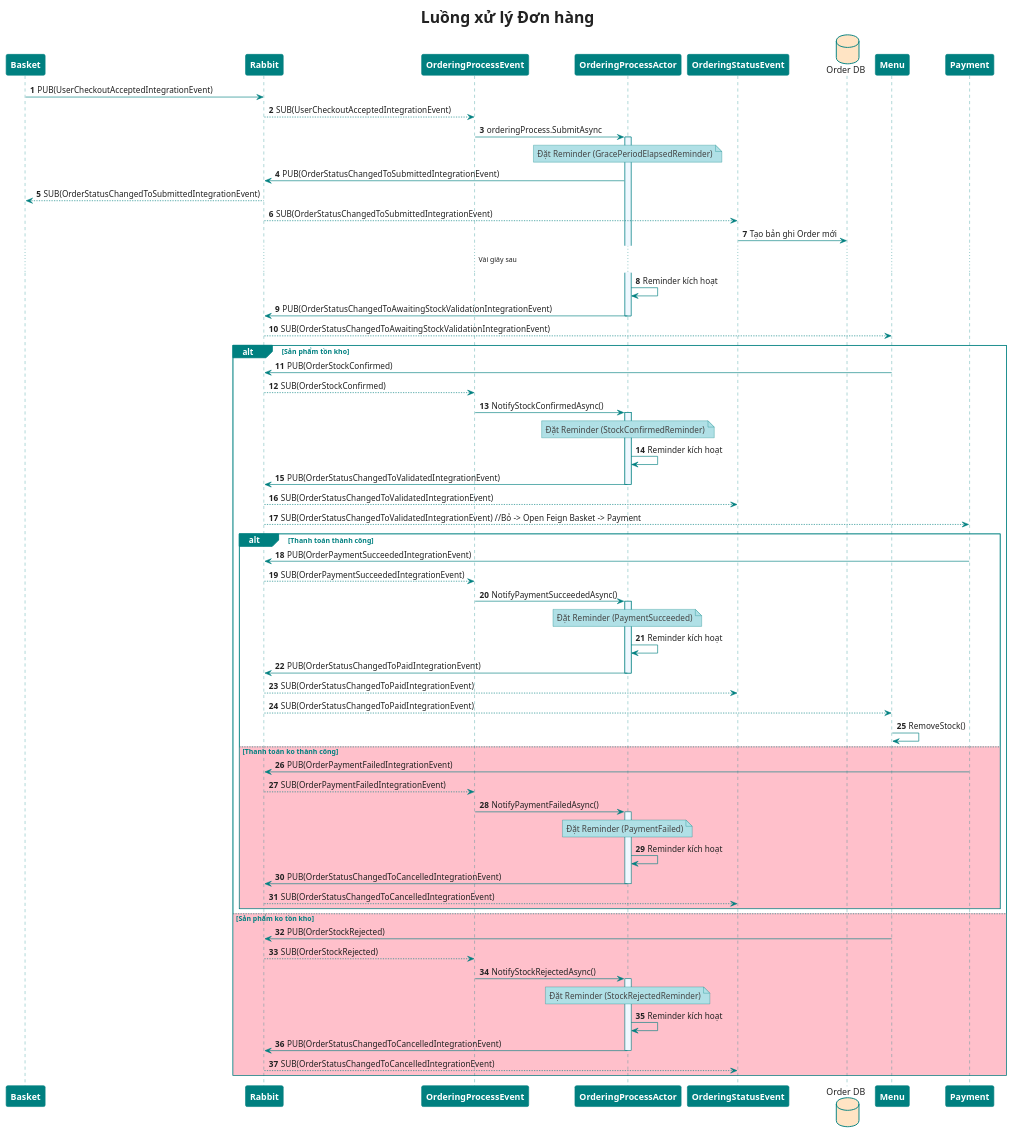
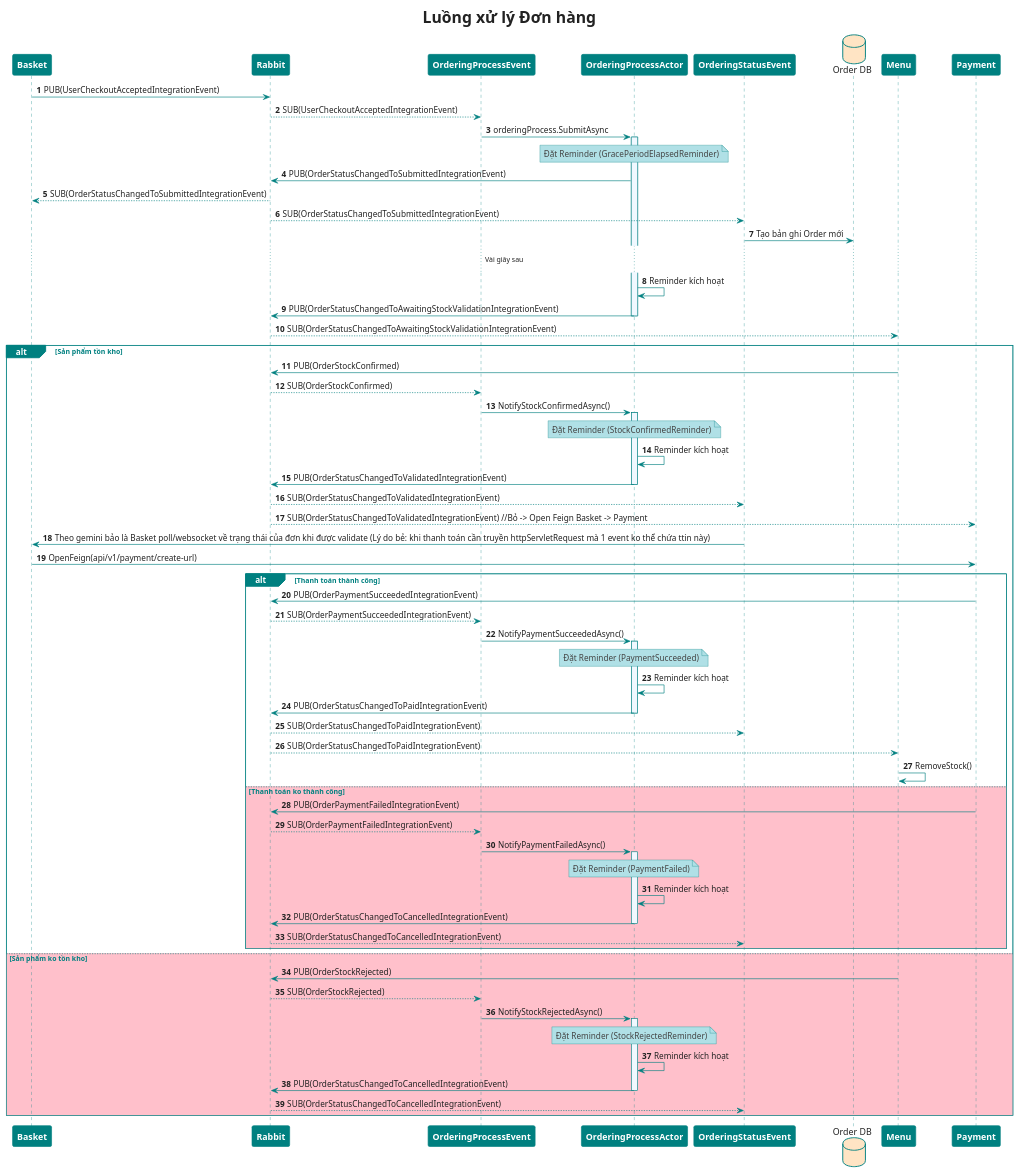
Before and after one commit to MinhTrinh04/Beef-Restaurant: the diagram in Backend/SEQ/Order/ResolvingOrder.puml, drawn with PlantUML.

Commit message:
Update luồng

```diff
--- a/Backend/SEQ/Order/ResolvingOrder.puml
+++ b/Backend/SEQ/Order/ResolvingOrder.puml
@@ -1,116 +1,118 @@
 @startuml
 'https://plantuml.com/sequence-diagram
 skinparam shadowing false
 skinparam responseMessageBelowArrow false
 skinparam DefaultFontColor #222
 skinparam TitleFontSize 25
 skinparam NoteBorderColor #teal
 skinparam NoteBackgroundColor #powderblue
 skinparam NoteFontColor 444
 skinparam DatabaseBorderColor #teal
 skinparam DatabaseBackgroundColor #bisque
 skinparam sequence {
 ParticipantBorderThickness 1
 ParticipantBorderColor #teal
 ParticipantBackgroundColor #teal
 ParticipantFontColor #white
 ParticipantFontSize 14
 ParticipantFontStyle bold
 LifeLineBorderColor #teal
 LifeLineBackgroundColor #aliceblue
 ArrowColor #teal
 ActorBorderColor #teal
 GroupBorderThickness 1
 GroupBorderColor #teal
 GroupHeaderFontColor #white
 GroupBackgroundColor #teal
 GroupFontColor #teal
 ReferenceBorderThickness 1
 ReferenceBorderColor #teal
 ReferenceBackgroundColor #aliceblue
 ReferenceHeaderBackgroundColor #white
 ReferenceFontColor #teal
 }
 autonumber
 
 title Luồng xử lý Đơn hàng
 
 participant "Basket" as Basket
 participant "Rabbit" as MQ
 participant "OrderingProcessEvent" as OPE
 participant "OrderingProcessActor" as Actor
 participant "OrderingStatusEvent" as OSE
 database "Order DB" as DB
 participant "Menu" as Menu
 participant "Payment" as Payment
 
     Basket -> MQ: PUB(UserCheckoutAcceptedIntegrationEvent)
     MQ --> OPE: SUB(UserCheckoutAcceptedIntegrationEvent)
     OPE -> Actor: orderingProcess.SubmitAsync
     activate Actor
     note over Actor: Đặt Reminder (GracePeriodElapsedReminder)
     Actor -> MQ: PUB(OrderStatusChangedToSubmittedIntegrationEvent)
 
     MQ --> Basket: SUB(OrderStatusChangedToSubmittedIntegrationEvent)
     MQ --> OSE: SUB(OrderStatusChangedToSubmittedIntegrationEvent)
     OSE -> DB: Tạo bản ghi Order mới
 
     ... Vài giây sau ...
     Actor -> Actor: Reminder kích hoạt
     Actor -> MQ: PUB(OrderStatusChangedToAwaitingStockValidationIntegrationEvent)
     deactivate Actor
     
     MQ --> Menu: SUB(OrderStatusChangedToAwaitingStockValidationIntegrationEvent)
 
 alt Sản phẩm tồn kho
     Menu -> MQ: PUB(OrderStockConfirmed)
     MQ --> OPE: SUB(OrderStockConfirmed)
     OPE -> Actor: NotifyStockConfirmedAsync()
     activate Actor
     note over Actor: Đặt Reminder (StockConfirmedReminder)
     Actor -> Actor: Reminder kích hoạt
     Actor -> MQ: PUB(OrderStatusChangedToValidatedIntegrationEvent)
     deactivate Actor
     MQ --> OSE: SUB(OrderStatusChangedToValidatedIntegrationEvent)
     MQ --> Payment: SUB(OrderStatusChangedToValidatedIntegrationEvent) //Bỏ -> Open Feign Basket -> Payment
+    OSE -> Basket: Theo gemini bảo là Basket poll/websocket về trạng thái của đơn khi được validate (Lý do bẻ: khi thanh toán cần truyền httpServletRequest mà 1 event ko thể chứa ttin này)
+    Basket -> Payment: OpenFeign(api/v1/payment/create-url)
 
     alt Thanh toán thành công
         Payment -> MQ: PUB(OrderPaymentSucceededIntegrationEvent)
         MQ --> OPE: SUB(OrderPaymentSucceededIntegrationEvent)
         OPE -> Actor: NotifyPaymentSucceededAsync()
         activate Actor
             note over Actor: Đặt Reminder (PaymentSucceeded)
             Actor -> Actor: Reminder kích hoạt
             Actor -> MQ: PUB(OrderStatusChangedToPaidIntegrationEvent)
         deactivate Actor
         MQ --> OSE: SUB(OrderStatusChangedToPaidIntegrationEvent)
         MQ --> Menu: SUB(OrderStatusChangedToPaidIntegrationEvent)
         Menu -> Menu: RemoveStock()
 
 
     else #Pink Thanh toán ko thành công
     Payment -> MQ: PUB(OrderPaymentFailedIntegrationEvent)
     MQ--> OPE: SUB(OrderPaymentFailedIntegrationEvent)
     OPE -> Actor: NotifyPaymentFailedAsync()
     activate Actor
     note over Actor: Đặt Reminder (PaymentFailed)
     Actor -> Actor: Reminder kích hoạt
     Actor -> MQ: PUB(OrderStatusChangedToCancelledIntegrationEvent)
     deactivate Actor
     MQ--> OSE: SUB(OrderStatusChangedToCancelledIntegrationEvent)
 
     end
 
 else #Pink Sản phẩm ko tồn kho
     Menu -> MQ: PUB(OrderStockRejected)
     MQ --> OPE: SUB(OrderStockRejected)
     OPE -> Actor: NotifyStockRejectedAsync()
     activate Actor
     note over Actor: Đặt Reminder (StockRejectedReminder)
     Actor -> Actor: Reminder kích hoạt
     Actor -> MQ: PUB(OrderStatusChangedToCancelledIntegrationEvent)
     deactivate Actor
     MQ --> OSE: SUB(OrderStatusChangedToCancelledIntegrationEvent)
 end
 
 @enduml
```
